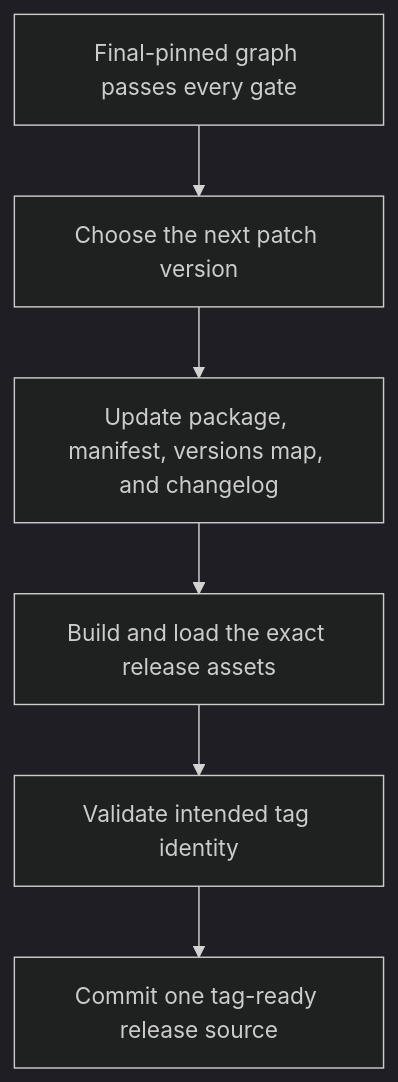
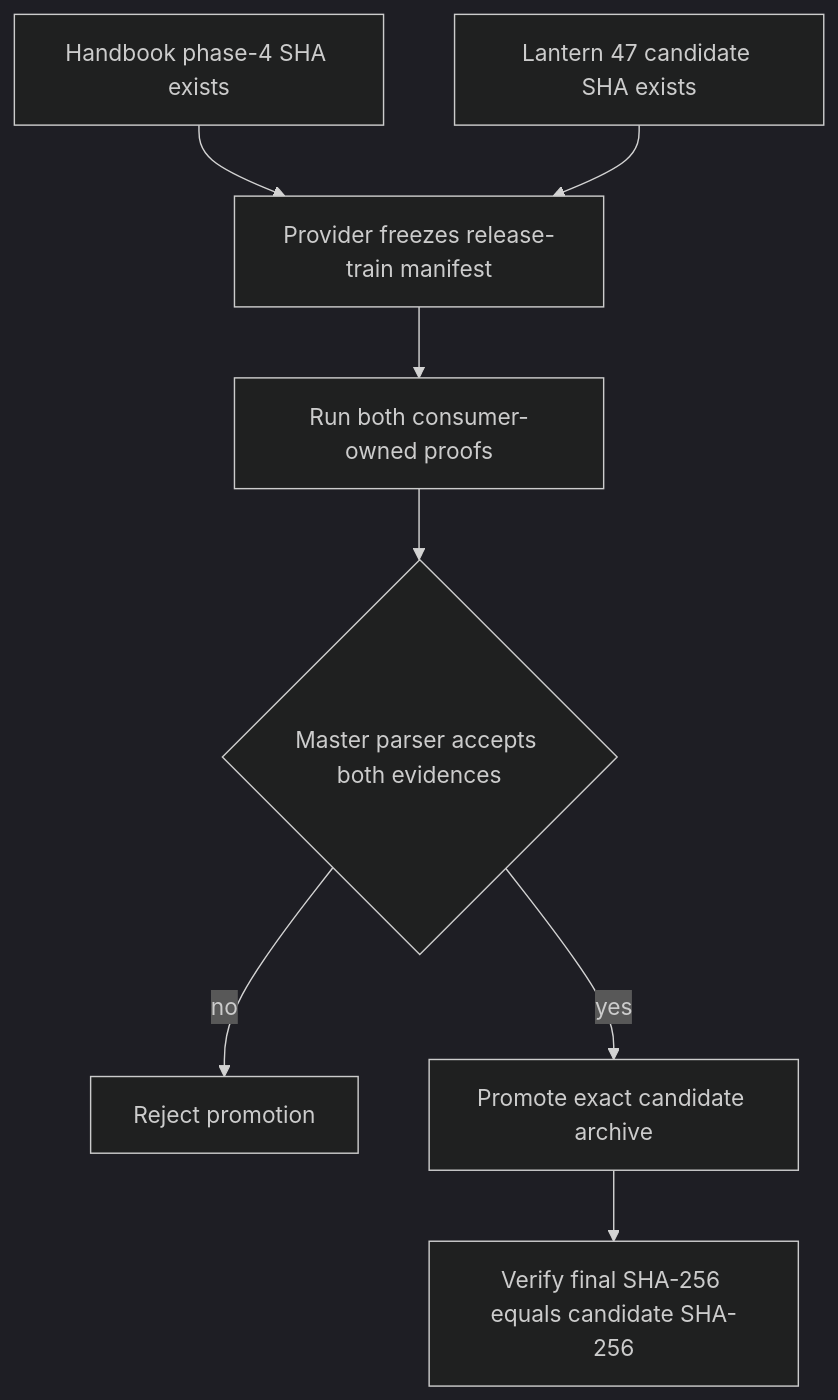
The first of 2 diagrams in aidd_docs/tasks/2026_09/2026_09_25_handbook_plugin_load_failure/phase-5.md (RebelliousSmile/obsidian-handbook), drawn with Mermaid (dark theme) before and after one commit. The commit also changed other lines of this file and 12 other files, not shown here.

Commit message:
fix(release-train): conform Handbook evidence contract

````diff
--- a/aidd_docs/tasks/2026_09/2026_09_25_handbook_plugin_load_failure/phase-5.md
+++ b/aidd_docs/tasks/2026_09/2026_09_25_handbook_plugin_load_failure/phase-5.md
@@ -21,8 +23,10 @@
 ```mermaid
 flowchart TD
-  A[Final-pinned graph passes every gate] --> B[Choose the next patch version]
-  B --> C[Update package, manifest, versions map, and changelog]
-  C --> D[Build and load the exact release assets]
-  D --> E[Validate intended tag identity]
-  E --> F[Commit one tag-ready release source]
+  A[Handbook phase-4 SHA exists] --> C[Provider freezes release-train manifest]
+  B[Lantern 47 candidate SHA exists] --> C
+  C --> D[Run both consumer-owned proofs]
+  D --> E{Master parser accepts both evidences}
+  E -->|no| F[Reject promotion]
+  E -->|yes| G[Promote exact candidate archive]
+  G --> H[Verify final SHA-256 equals candidate SHA-256]
 ```
````
